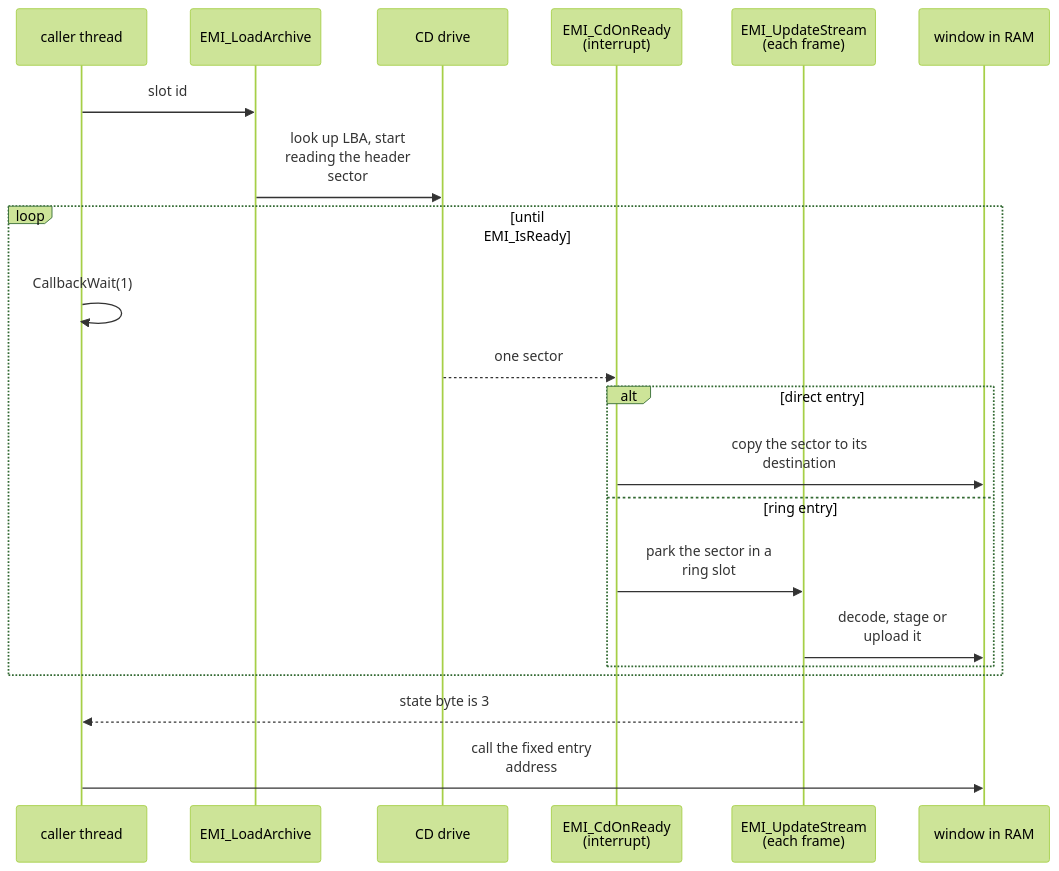
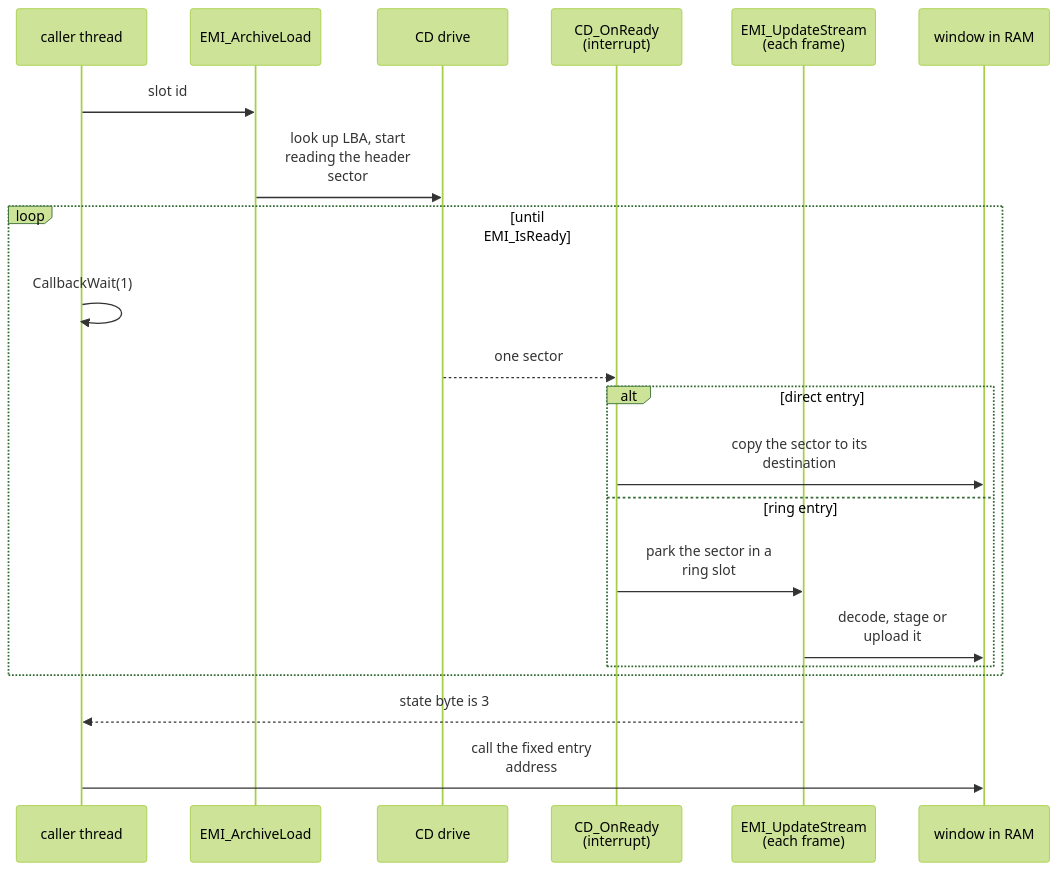
The diagram in src/content/docs/concepts/loading.md (raulcorreia7/bof3-wiki), drawn with Mermaid (forest theme) before and after one commit. The commit also changed other lines of this file and 34 other files, not shown here.

````diff
--- a/src/content/docs/concepts/loading.md
+++ b/src/content/docs/concepts/loading.md
@@ -18,24 +18,24 @@
 ```mermaid
 sequenceDiagram
     participant Caller as caller thread
-    participant Init as EMI_LoadArchive
+    participant Init as EMI_ArchiveLoad
     participant Cd as CD drive
-    participant Rdy as EMI_CdOnReady<br/>(interrupt)
+    participant Rdy as CD_OnReady<br/>(interrupt)
     participant Svc as EMI_UpdateStream<br/>(each frame)
     participant Ram as window in RAM
 
     Caller->>Init: slot id
     Init->>Cd: look up LBA, start<br/>reading the header<br/>sector
     loop until<br/>EMI_IsReady
         Caller->>Caller: CallbackWait(1)
         Cd-->>Rdy: one sector
         alt direct entry
             Rdy->>Ram: copy the sector to its<br/>destination
         else ring entry
             Rdy->>Svc: park the sector in a<br/>ring slot
             Svc->>Ram: decode, stage or<br/>upload it
         end
     end
     Svc-->>Caller: state byte is 3
     Caller->>Ram: call the fixed entry<br/>address
 ```
````
